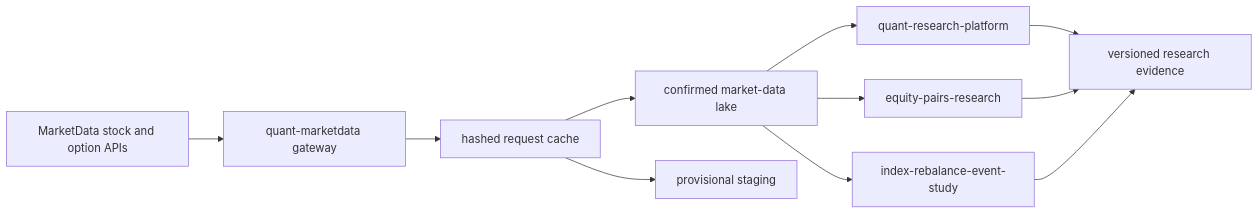
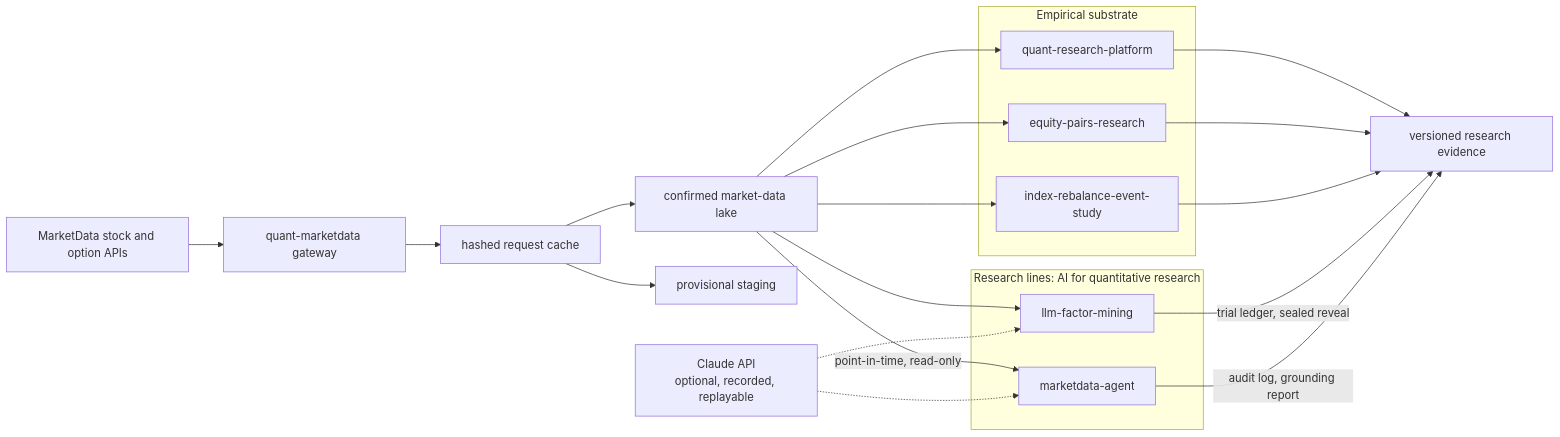
Before and after one commit to SiyanChen929/marketdata-quant-suite: the diagram in README.md, drawn with Mermaid. The commit also changed other lines of this file and 12 other files, not shown here.

First line of the commit message:
Integrate research lines into the suite and refresh portfolio docs

````diff
--- a/README.md
+++ b/README.md
@@ -13,13 +98,28 @@
 ```mermaid
 flowchart LR
     API[MarketData stock and option APIs] --> GW[quant-marketdata gateway]
     GW --> RAW[hashed request cache]
     RAW --> CONF[confirmed market-data lake]
     RAW --> PROV[provisional staging]
-    CONF --> CORE[quant-research-platform]
-    CONF --> PAIRS[equity-pairs-research]
-    CONF --> EVENT[index-rebalance-event-study]
+    subgraph SUB["Empirical substrate"]
+        CORE[quant-research-platform]
+        PAIRS[equity-pairs-research]
+        EVENT[index-rebalance-event-study]
+    end
+    subgraph AI["Research lines: AI for quantitative research"]
+        LFM[llm-factor-mining]
+        AGENT[marketdata-agent]
+    end
+    CONF --> CORE
+    CONF --> PAIRS
+    CONF --> EVENT
+    CONF --> LFM
+    CONF -->|"point-in-time, read-only"| AGENT
+    LLM["Claude API<br/>optional, recorded, replayable"] -.-> LFM
+    LLM -.-> AGENT
     CORE --> EVIDENCE[versioned research evidence]
     PAIRS --> EVIDENCE
     EVENT --> EVIDENCE
+    LFM -->|"trial ledger, sealed reveal"| EVIDENCE
+    AGENT -->|"audit log, grounding report"| EVIDENCE
 ```
````
